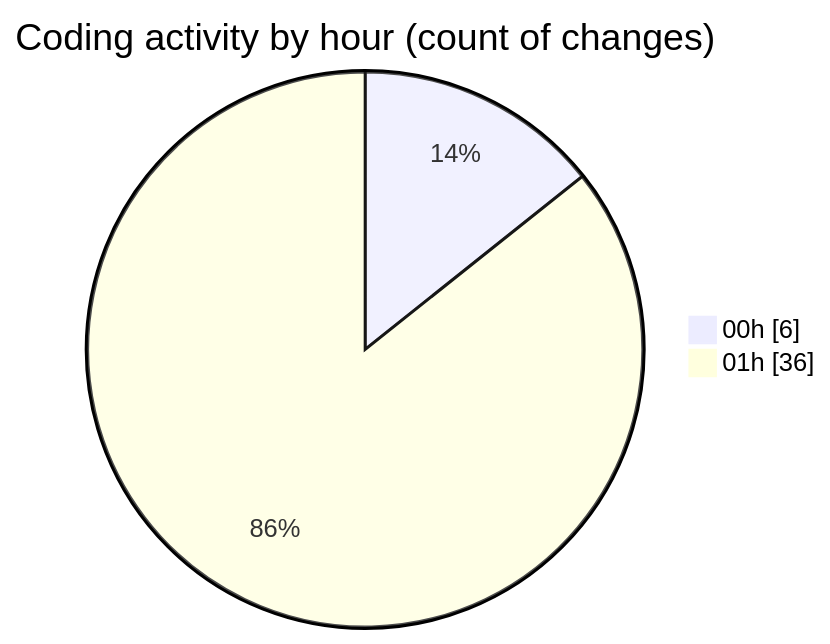
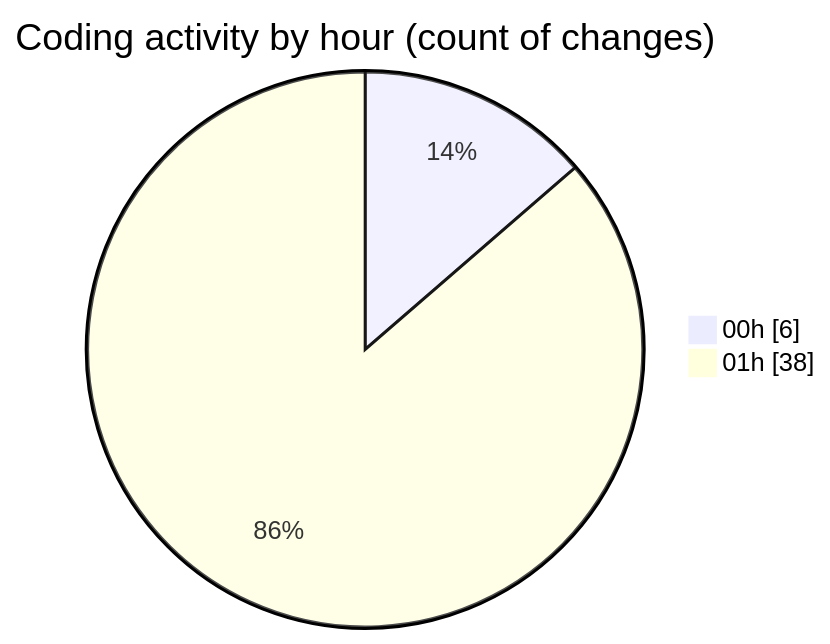
Before and after one commit to JenPaints/code-tracking: the second of 2 diagrams in 2025-06-22/archive/README.md, drawn with Mermaid. The commit also changed other lines of this file and 1 other file, not shown here.

````diff
--- a/2025-06-22/archive/README.md
+++ b/2025-06-22/archive/README.md
@@ -34,6 +34,6 @@
 ```mermaid
 pie showData
 title Coding activity by hour (count of changes)
 "00h" : 6
-"01h" : 36
+"01h" : 38
 ```
````
